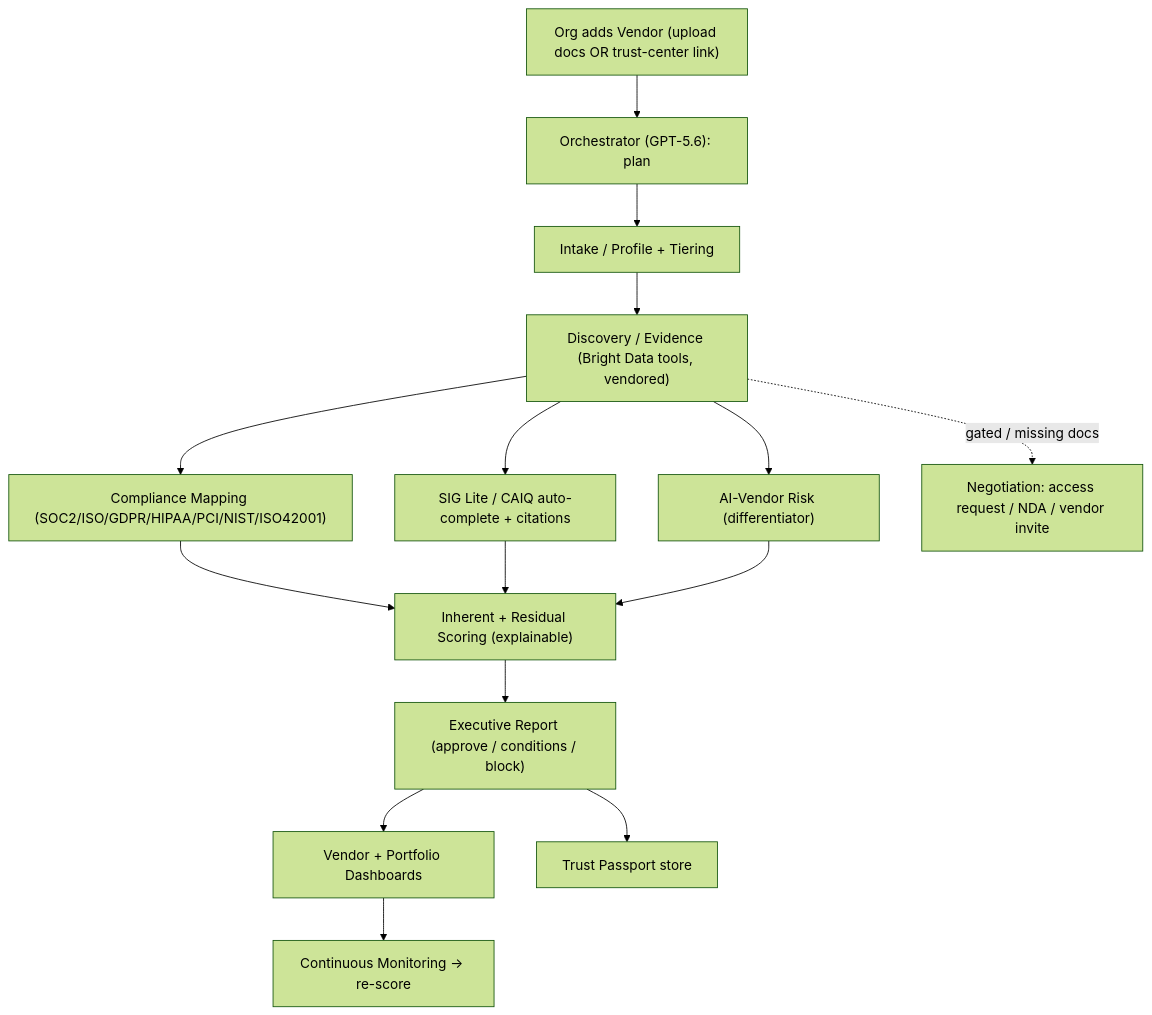
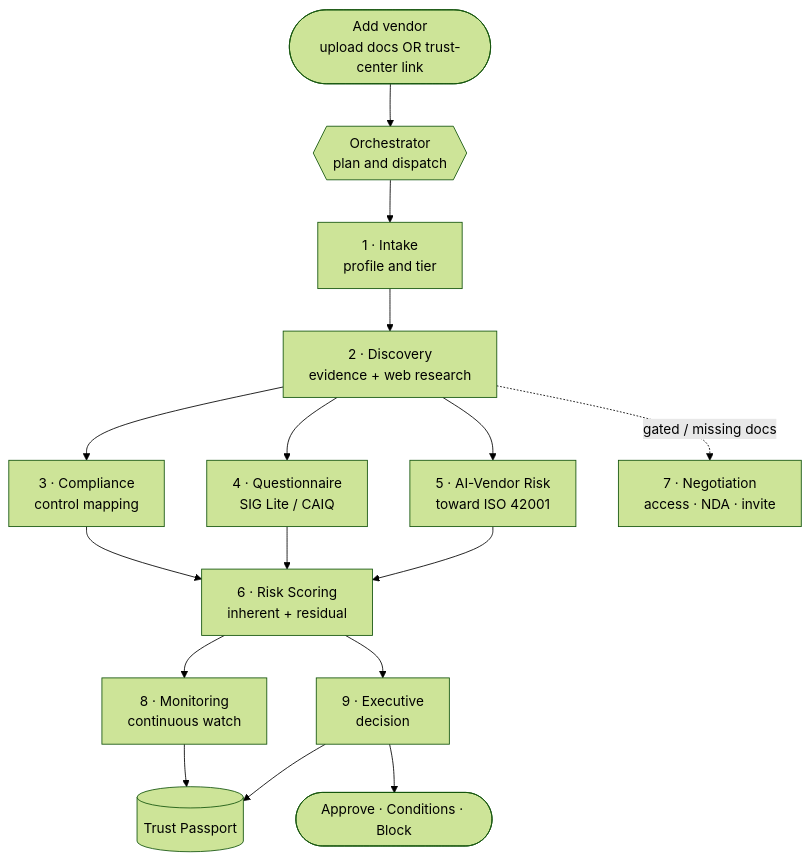
The second of 7 diagrams in README.md (k9-007/argus-autonomous-tprm-), drawn with Mermaid (forest theme) before and after one commit. The commit also changed other lines of this file, not shown here.

Commit message:
Update README: add all architecture/flow diagrams and refresh for current code

````diff
--- a/README.md
+++ b/README.md
@@ -46,17 +110,18 @@
 ```mermaid
 flowchart TD
-    Add["Org adds Vendor (upload docs OR trust-center link)"] --> Orchestrator["Orchestrator (GPT-5.6): plan"]
-    Orchestrator --> Intake["Intake / Profile + Tiering"]
-    Intake --> Discovery["Discovery / Evidence (Bright Data tools, vendored)"]
-    Discovery --> Compliance["Compliance Mapping (SOC2/ISO/GDPR/HIPAA/PCI/NIST/ISO42001)"]
-    Discovery --> Questionnaire["SIG Lite / CAIQ auto-complete + citations"]
-    Discovery --> AIRisk["AI-Vendor Risk (differentiator)"]
-    Compliance --> Scoring["Inherent + Residual Scoring (explainable)"]
-    Questionnaire --> Scoring
-    AIRisk --> Scoring
-    Scoring --> Executive["Executive Report (approve / conditions / block)"]
-    Executive --> Dash["Vendor + Portfolio Dashboards"]
-    Executive --> Passport["Trust Passport store"]
-    Dash --> Monitor["Continuous Monitoring -> re-score"]
-    Discovery -.->|"gated / missing docs"| Negotiation["Negotiation: access request / NDA / vendor invite"]
+  Start(["Add vendor<br/>upload docs OR trust-center link"]) --> ORCH{{"Orchestrator<br/>plan and dispatch"}}
+  ORCH --> A1["1 · Intake<br/>profile and tier"]
+  A1 --> A2["2 · Discovery<br/>evidence + web research"]
+  A2 --> A3["3 · Compliance<br/>control mapping"]
+  A2 --> A4["4 · Questionnaire<br/>SIG Lite / CAIQ"]
+  A2 --> A5["5 · AI-Vendor Risk<br/>toward ISO 42001"]
+  A3 --> A6["6 · Risk Scoring<br/>inherent + residual"]
+  A4 --> A6
+  A5 --> A6
+  A2 -. "gated / missing docs" .-> A7["7 · Negotiation<br/>access · NDA · invite"]
+  A6 --> A8["8 · Monitoring<br/>continuous watch"]
+  A6 --> A9["9 · Executive<br/>decision"]
+  A9 --> OUT(["Approve · Conditions · Block"])
+  A8 --> PASS[("Trust Passport")]
+  A9 --> PASS
 ```
````
